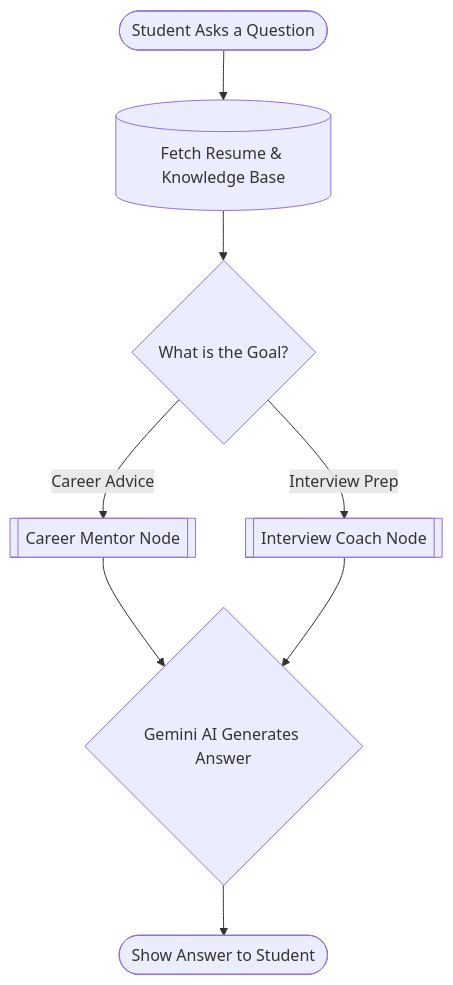
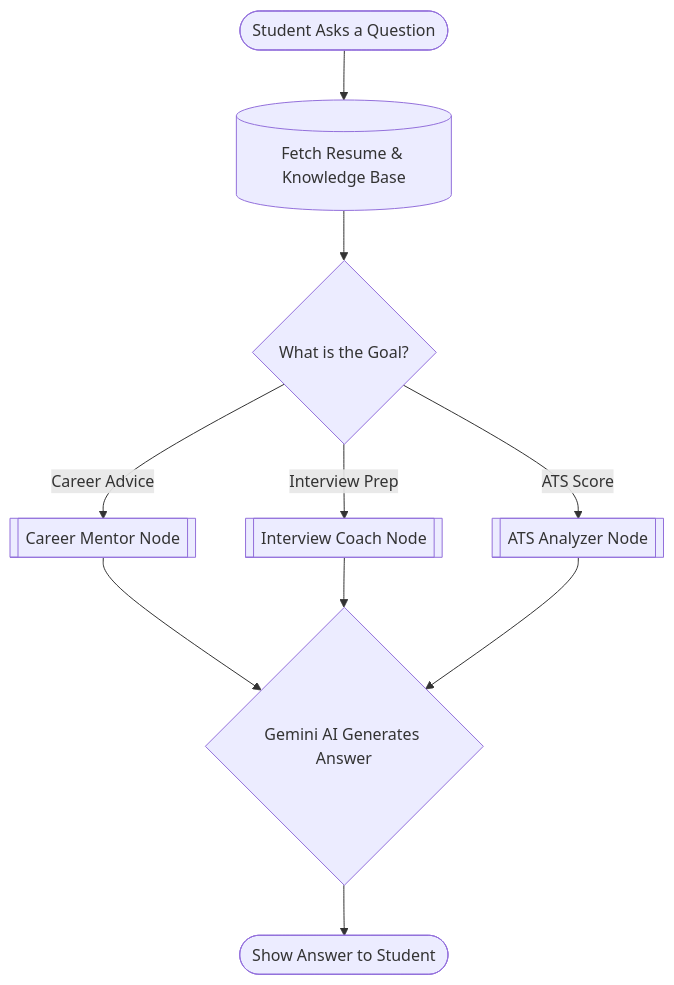
One commit to Mounikaishu/RAG_play_ground changed the third of 7 diagrams in README.md. Above: the diagram before and after it, drawn with Mermaid. The commit also changed other lines of this file and 28 other files, not shown here.

````diff
--- a/README.md
+++ b/README.md
@@ -48,13 +48,15 @@
 ```mermaid
 flowchart TD
     Ask([Student Asks a Question]) --> Retrieve[(Fetch Resume & Knowledge Base)]
     Retrieve --> Decide{What is the Goal?}
     
     Decide -->|Career Advice| Mentor[[Career Mentor Node]]
     Decide -->|Interview Prep| Interview[[Interview Coach Node]]
+    Decide -->|ATS Score| ATS[[ATS Analyzer Node]]
     
     Mentor --> Gen{Gemini AI Generates Answer}
     Interview --> Gen
+    ATS --> Gen
     
     Gen --> Reply([Show Answer to Student])
 ```
````
